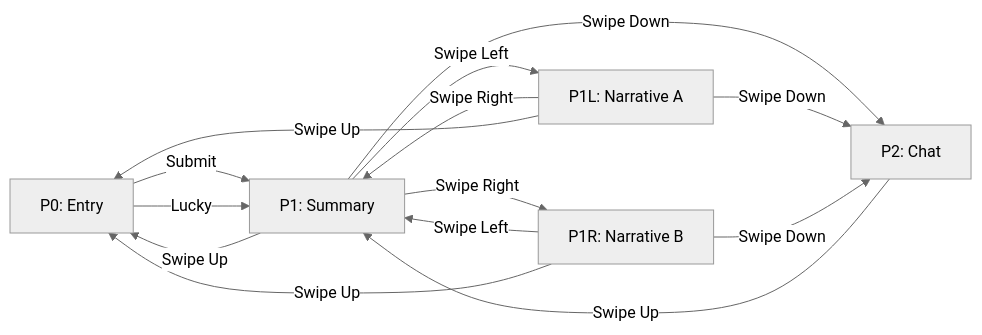
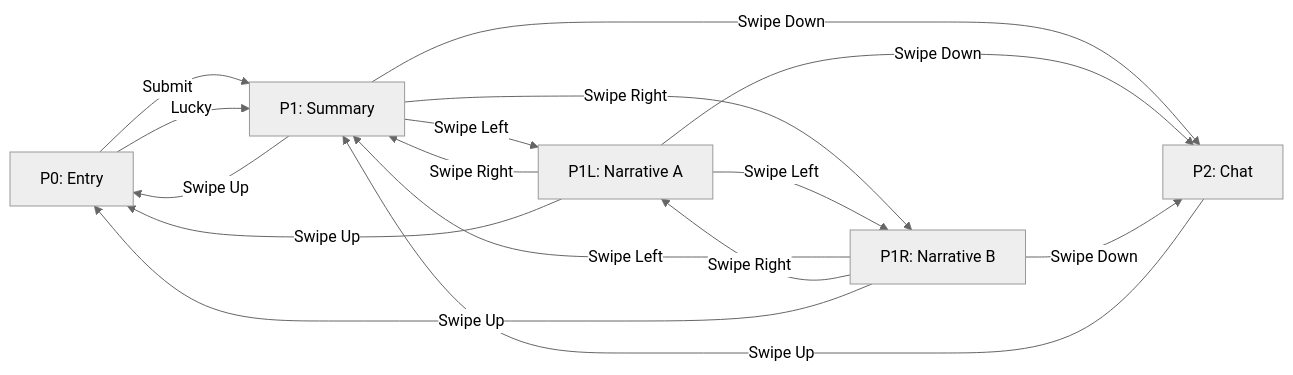
Before and after one commit to zhuygln/narrativeLab: the diagram in docs/design/walkthrough.md, drawn with Mermaid (neutral theme). The commit also changed other lines of this file and 3 other files, not shown here.

````diff
--- a/docs/design/walkthrough.md
+++ b/docs/design/walkthrough.md
@@ -8,16 +8,18 @@
 ```mermaid
 graph LR
     P0["P0: Entry"] -->|Submit| P1["P1: Summary"]
     P0 -->|Lucky| P1
     P1 -->|Swipe Left| P1L["P1L: Narrative A"]
     P1 -->|Swipe Right| P1R["P1R: Narrative B"]
     P1 -->|Swipe Down| P2["P2: Chat"]
     P1 -->|Swipe Up| P0
     P1L -->|Swipe Right| P1
+    P1L -->|Swipe Left| P1R
     P1L -->|Swipe Up| P0
     P1L -->|Swipe Down| P2
     P1R -->|Swipe Left| P1
+    P1R -->|Swipe Right| P1L
     P1R -->|Swipe Up| P0
     P1R -->|Swipe Down| P2
     P2 -->|Swipe Up| P1
 ```
````
